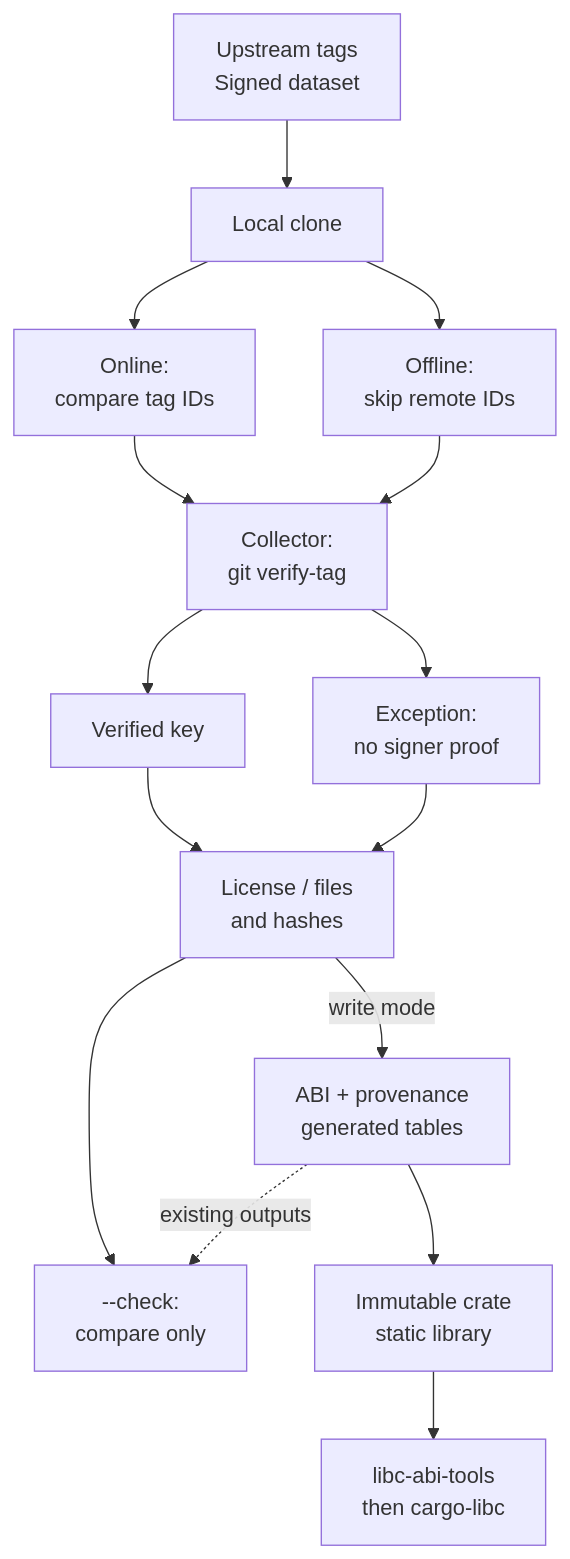
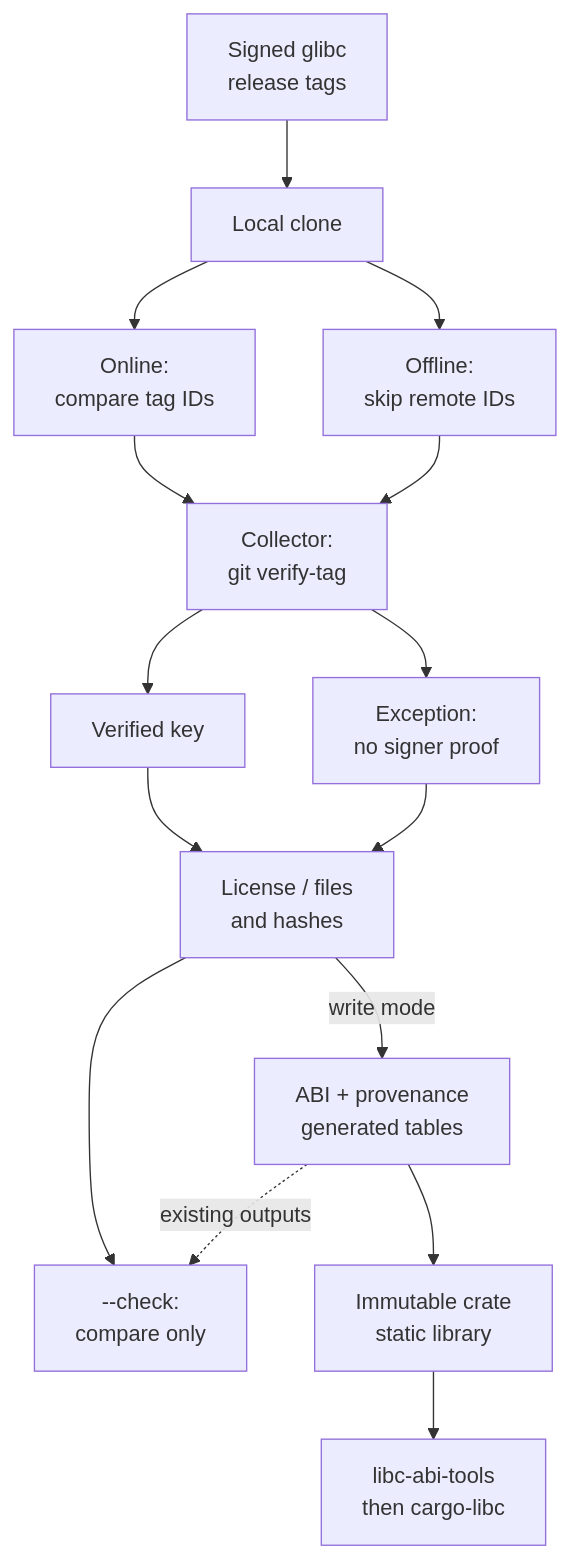
One commit to rustcommons/glibc-abilists changed the diagram in docs/COLLECTING.md. Above: the diagram before and after it, drawn with Mermaid.

Commit message:
docs: label signatures as release-tag evidence

````diff
--- a/docs/COLLECTING.md
+++ b/docs/COLLECTING.md
@@ -38,17 +38,17 @@
 ```mermaid
 flowchart TD
-    U["Upstream tags<br/>Signed dataset"] --> L["Local clone"]
+    U["Signed glibc<br/>release tags"] --> L["Local clone"]
     L --> O["Online:<br/>compare tag IDs"]
     L --> F["Offline:<br/>skip remote IDs"]
     O --> S["Collector:<br/>git verify-tag"]
     F --> S
     S --> V["Verified key"]
     S --> E["Exception:<br/>no signer proof"]
     V --> C["License / files<br/>and hashes"]
     E --> C
     C --> Q["--check:<br/>compare only"]
     C -->|write mode| D["ABI + provenance<br/>generated tables"]
     D -.->|existing outputs| Q
     D --> B["Immutable crate<br/>static library"]
     B --> T["libc-abi-tools<br/>then cargo-libc"]
 ```
````
